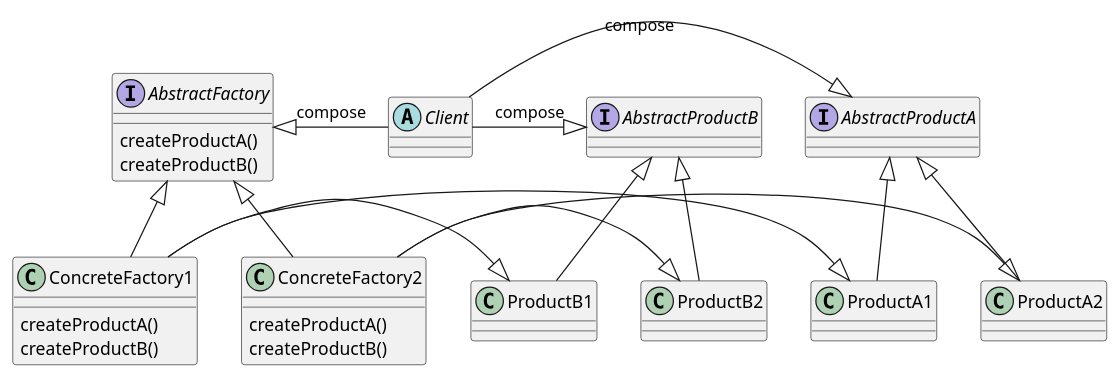
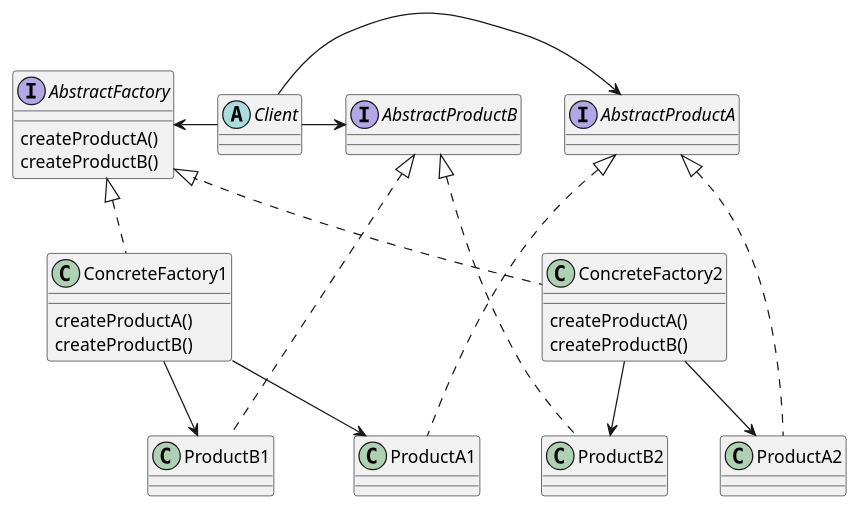
Before and after one commit to ye-geeee/headfirst-designpattern-practice: the diagram in factory-pattern/uml/AbstractFactoryPattern.puml, drawn with PlantUML. The commit also changed 7 other files, not shown here.

```diff
--- a/factory-pattern/uml/AbstractFactoryPattern.puml
+++ b/factory-pattern/uml/AbstractFactoryPattern.puml
@@ -1,49 +1,49 @@
 @startuml
 'https://plantuml.com/class-diagram
 
 abstract Client
 
 interface AbstractProductA
 interface AbstractProductB
 
 class ProductA1
 class ProductA2
 class ProductB1
 class ProductB2
 
 interface AbstractFactory {
     createProductA()
     createProductB()
 
 }
 
 class ConcreteFactory1 {
     createProductA()
     createProductB()
 }
 
 class ConcreteFactory2 {
     createProductA()
     createProductB()
 }
 
-Client -|> AbstractProductA : compose
-Client -|> AbstractProductB : compose
-AbstractFactory <|- Client : compose
+Client -> AbstractProductA
+Client -> AbstractProductB
+AbstractFactory <- Client
 
-AbstractFactory <|-- ConcreteFactory1
-AbstractFactory <|-- ConcreteFactory2
+AbstractFactory <|.. ConcreteFactory1
+AbstractFactory <|.. ConcreteFactory2
 
-AbstractProductA <|-- ProductA1
-AbstractProductA <|-- ProductA2
+AbstractProductA <|... ProductA1
+AbstractProductA <|... ProductA2
 
-AbstractProductB <|-- ProductB1
-AbstractProductB <|-- ProductB2
+AbstractProductB <|... ProductB1
+AbstractProductB <|... ProductB2
 
-ConcreteFactory1 -|> ProductA1
-ConcreteFactory1 -|> ProductB1
+ConcreteFactory1 --> ProductA1
+ConcreteFactory1 --> ProductB1
 
-ConcreteFactory2 -|> ProductA2
-ConcreteFactory2 -|> ProductB2
+ConcreteFactory2 --> ProductA2
+ConcreteFactory2 --> ProductB2
 
 @enduml
```
